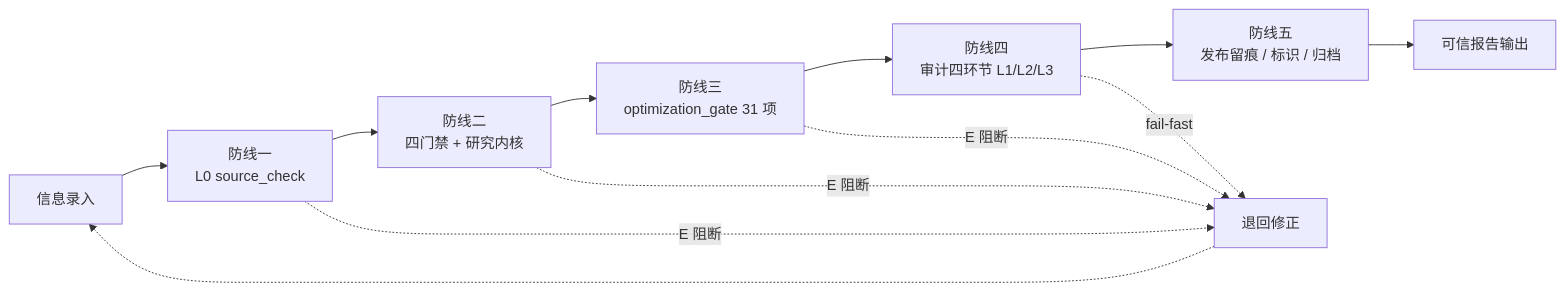
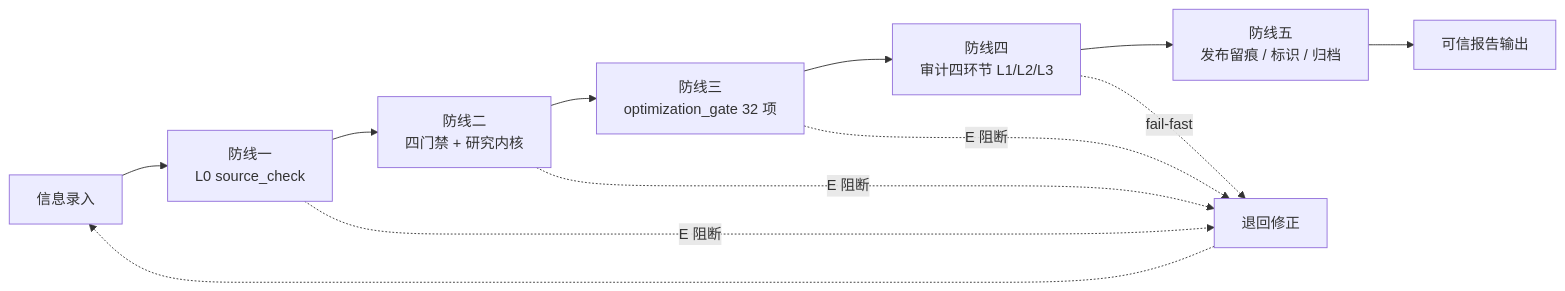
Before and after one commit to hmbphxkw76-byte/tech-context-digest: the second of 4 diagrams in engine/docs/report-pipeline-system.md, drawn with Mermaid. The commit also changed other lines of this file and 30 other files, not shown here.

````diff
--- a/engine/docs/report-pipeline-system.md
+++ b/engine/docs/report-pipeline-system.md
@@ -59,14 +59,14 @@
 ```mermaid
 flowchart LR
     IN["信息录入"] --> D1["防线一<br/>L0 source_check"]
     D1 --> D2["防线二<br/>四门禁 + 研究内核"]
-    D2 --> D3["防线三<br/>optimization_gate 31 项"]
+    D2 --> D3["防线三<br/>optimization_gate 32 项"]
     D3 --> D4["防线四<br/>审计四环节 L1/L2/L3"]
     D4 --> D5["防线五<br/>发布留痕 / 标识 / 归档"]
     D5 --> OUT["可信报告输出"]
     D1 -. "E 阻断" .-> BLOCK["退回修正"]
     D2 -. "E 阻断" .-> BLOCK
     D3 -. "E 阻断" .-> BLOCK
     D4 -. "fail-fast" .-> BLOCK
     BLOCK -.-> IN
 ```
````
